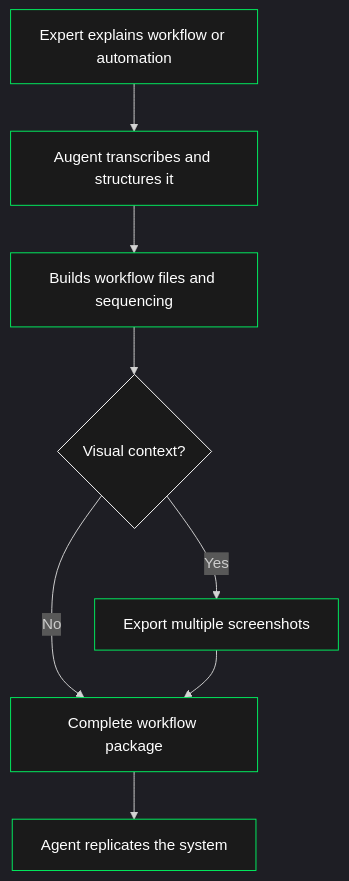
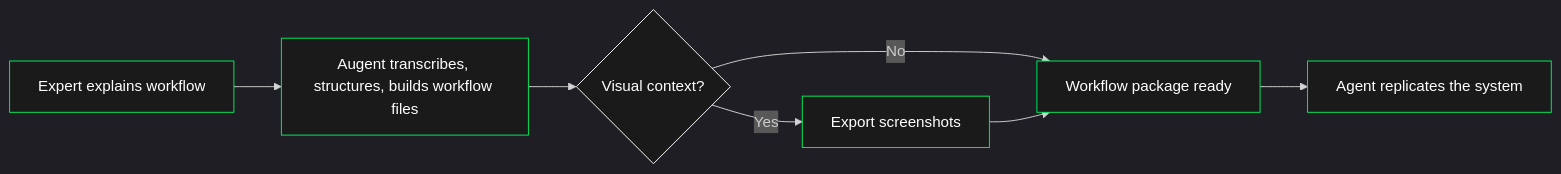
One commit to AugentDevs/augent changed the second of 2 diagrams in README.md. Above: the diagram before and after it, drawn with Mermaid.

Commit message:
Compact Eyes & Ears diagram: LR layout, 6 nodes instead of 7

````diff
--- a/README.md
+++ b/README.md
@@ -226,19 +226,17 @@
 ```mermaid
 %%{init: {'theme': 'dark'}}%%
-flowchart TD
-    A["Expert explains workflow or automation"] --> B["Augent transcribes and structures it"]
-    B --> C["Builds workflow files and sequencing"]
-    C --> D{"Visual context?"}
-    D -->|"Yes"| E["Export multiple screenshots"]
-    D -->|"No"| F["Complete workflow package"]
-    E --> F
-    F --> G["Agent replicates the system"]
+flowchart LR
+    A["Expert explains workflow"] --> B["Augent transcribes, structures, builds workflow files"]
+    B --> C{"Visual context?"}
+    C -->|"Yes"| D["Export screenshots"]
+    C -->|"No"| E["Workflow package ready"]
+    D --> E
+    E --> F["Agent replicates the system"]
 
     style A fill:#1a1a1a,stroke:#00F060,color:#fff
     style B fill:#1a1a1a,stroke:#00F060,color:#fff
-    style C fill:#1a1a1a,stroke:#00F060,color:#fff
-    style D fill:#1a1a1a,stroke:#fff,color:#fff
+    style C fill:#1a1a1a,stroke:#fff,color:#fff
+    style D fill:#1a1a1a,stroke:#00F060,color:#fff
     style E fill:#1a1a1a,stroke:#00F060,color:#fff
     style F fill:#1a1a1a,stroke:#00F060,color:#fff
-    style G fill:#1a1a1a,stroke:#00F060,color:#fff
 ```
````
